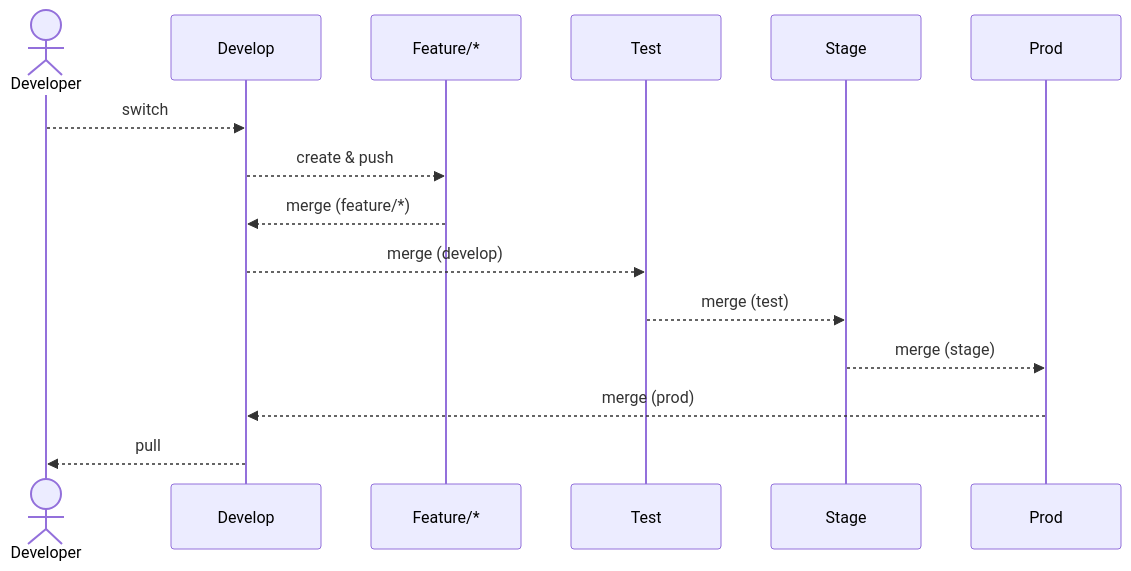
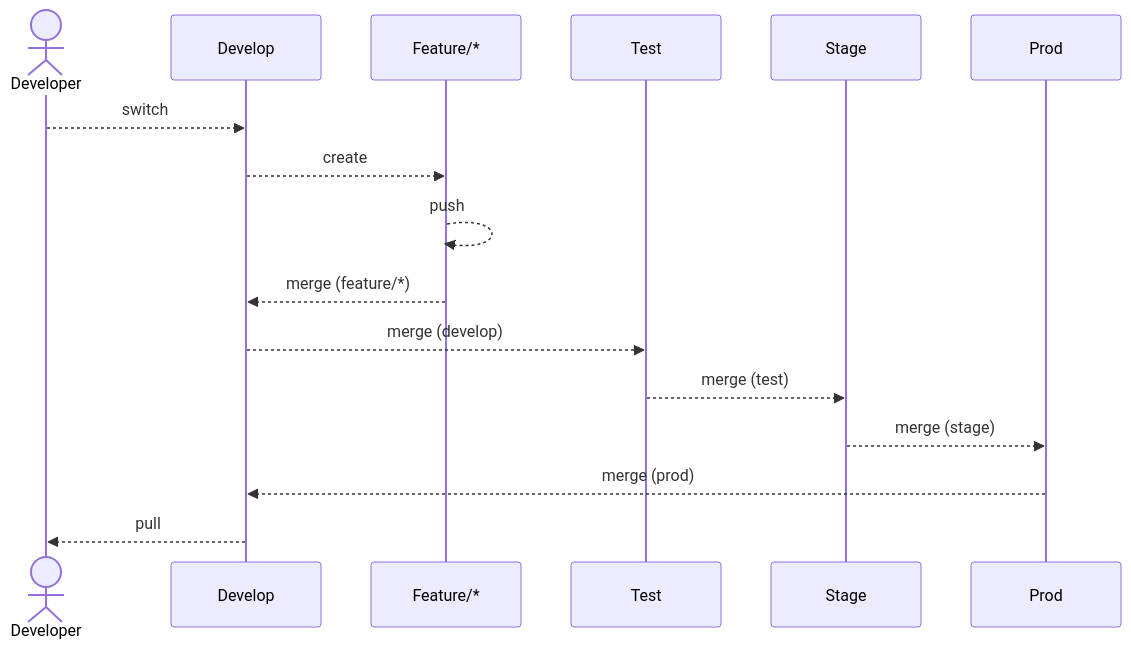
The second of 3 diagrams in Readme.md (OfficialApurvChatur/POC02-ExpressSetup), drawn with Mermaid before and after one commit. The commit also changed other lines of this file and 4 other files, not shown here.

````diff
--- a/Readme.md
+++ b/Readme.md
@@ -21,18 +24,19 @@
 ```mermaid
   sequenceDiagram
     actor Developer
     participant Develop
     participant Feature/*
     participant Test
     participant Stage
     participant Prod
     
     Developer -->> Develop : switch
-    Develop -->> Feature/* : create & push
+    Develop -->> Feature/* : create
+    Feature/* -->> Feature/* : push
     Feature/* -->> Develop : merge (feature/*)
     Develop -->> Test : merge (develop)
     Test -->> Stage : merge (test)
     Stage -->> Prod : merge (stage)
     Prod -->> Develop : merge (prod) 
     Develop -->> Developer : pull    
 ```
````
